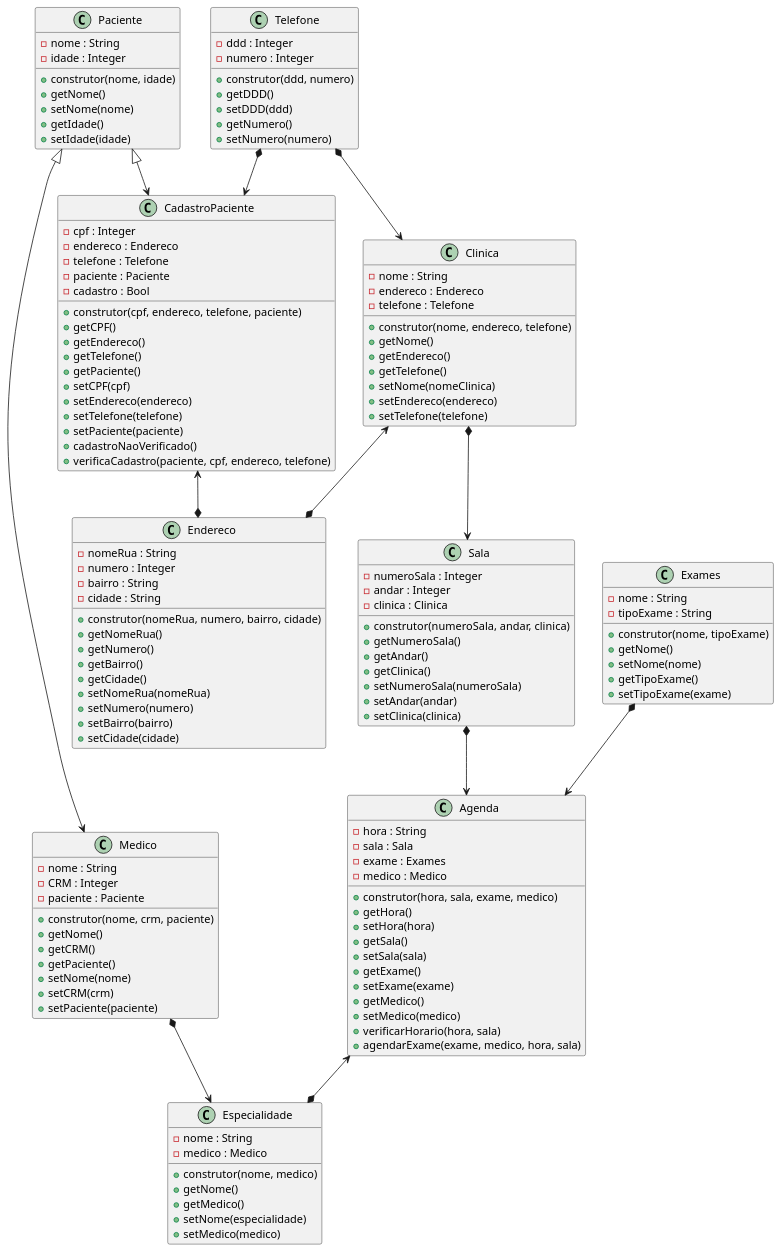
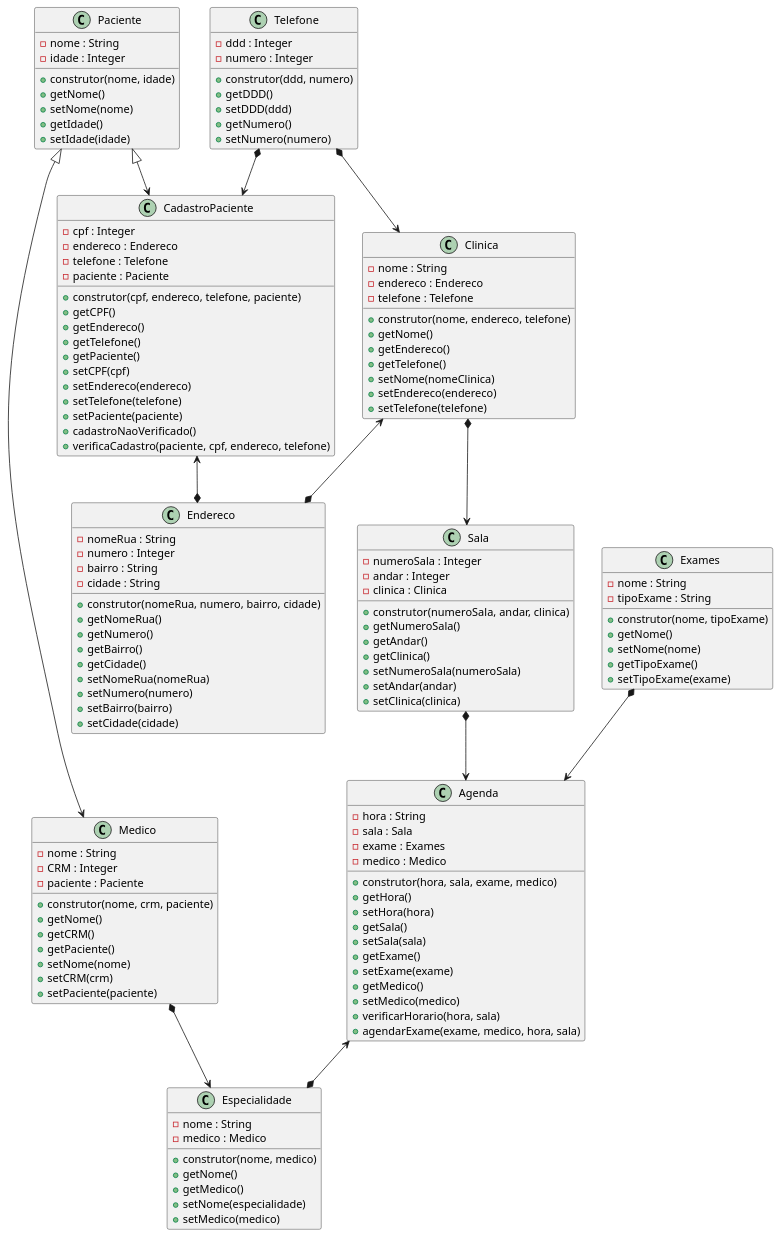
One commit to anleaes/2022-1-N2-POO-03 changed the diagram in diagrama.plantuml. Above: the diagram before and after it, drawn with PlantUML.

Commit message:
retirado variavel cadastro tipo bool no diagrama

```diff
--- a/diagrama.plantuml
+++ b/diagrama.plantuml
@@ -1,147 +1,146 @@
 @startuml Gerenciamento de Exames Medicos
 
     class Agenda{
         - hora : String
         - sala : Sala
         - exame : Exames
         - medico : Medico
         + construtor(hora, sala, exame, medico)
         + getHora()
         + setHora(hora)
         + getSala()
         + setSala(sala)
         + getExame()
         + setExame(exame)
         + getMedico()
         + setMedico(medico)
         + verificarHorario(hora, sala)
         + agendarExame(exame, medico, hora, sala)
     }
 
     class Paciente{
         - nome : String
         - idade : Integer
         + construtor(nome, idade)
         + getNome()
         + setNome(nome)
         + getIdade()
         + setIdade(idade)
     }
 
     class CadastroPaciente{
         - cpf : Integer
         - endereco : Endereco
         - telefone : Telefone
         - paciente : Paciente
-        - cadastro : Bool
         + construtor(cpf, endereco, telefone, paciente)
         + getCPF()
         + getEndereco()
         + getTelefone()
         + getPaciente()
         + setCPF(cpf)
         + setEndereco(endereco)
         + setTelefone(telefone)
         + setPaciente(paciente)
         + cadastroNaoVerificado()
         + verificaCadastro(paciente, cpf, endereco, telefone)
     }
 
     class Medico{
         - nome : String
         - CRM : Integer
         - paciente : Paciente
         + construtor(nome, crm, paciente)
         + getNome()
         + getCRM()
         + getPaciente()
         + setNome(nome)
         + setCRM(crm)
         + setPaciente(paciente)
     }
 
     class Exames{
         - nome : String
         - tipoExame : String
         + construtor(nome, tipoExame)
         + getNome()
         + setNome(nome)
         + getTipoExame()
         + setTipoExame(exame)
     }
 
     class Especialidade{
         - nome : String
         - medico : Medico
         + construtor(nome, medico)
         + getNome()
         + getMedico()
         + setNome(especialidade)
         + setMedico(medico)
     }
 
     class Clinica{
         - nome : String
         - endereco : Endereco
         - telefone : Telefone
         + construtor(nome, endereco, telefone)
         + getNome()
         + getEndereco()
         + getTelefone()
         + setNome(nomeClinica)
         + setEndereco(endereco)
         + setTelefone(telefone)
     }
 
     class Sala{
         - numeroSala : Integer
         - andar : Integer
         - clinica : Clinica
         + construtor(numeroSala, andar, clinica)
         + getNumeroSala()
         + getAndar()
         + getClinica()
         + setNumeroSala(numeroSala)
         + setAndar(andar)
         + setClinica(clinica)
     }
 
     class Endereco{
         - nomeRua : String
         - numero : Integer
         - bairro : String
         - cidade : String
         + construtor(nomeRua, numero, bairro, cidade)
         + getNomeRua()
         + getNumero()
         + getBairro()
         + getCidade()
         + setNomeRua(nomeRua)
         + setNumero(numero)
         + setBairro(bairro)
         + setCidade(cidade)
     }
 
     class Telefone{
         - ddd : Integer
         - numero : Integer
         + construtor(ddd, numero)
         + getDDD()
         + setDDD(ddd)
         + getNumero()
         + setNumero(numero)
     }
 
     Paciente <|--> CadastroPaciente
     Paciente <|--> Medico
     Medico *--> Especialidade
     Exames *--> Agenda
     Sala *--> Agenda
     Agenda <--* Especialidade
     Clinica *--> Sala
     Clinica <--* Endereco
     CadastroPaciente <--* Endereco
     Telefone *--> Clinica
     Telefone *--> CadastroPaciente
 
 @enduml
```
